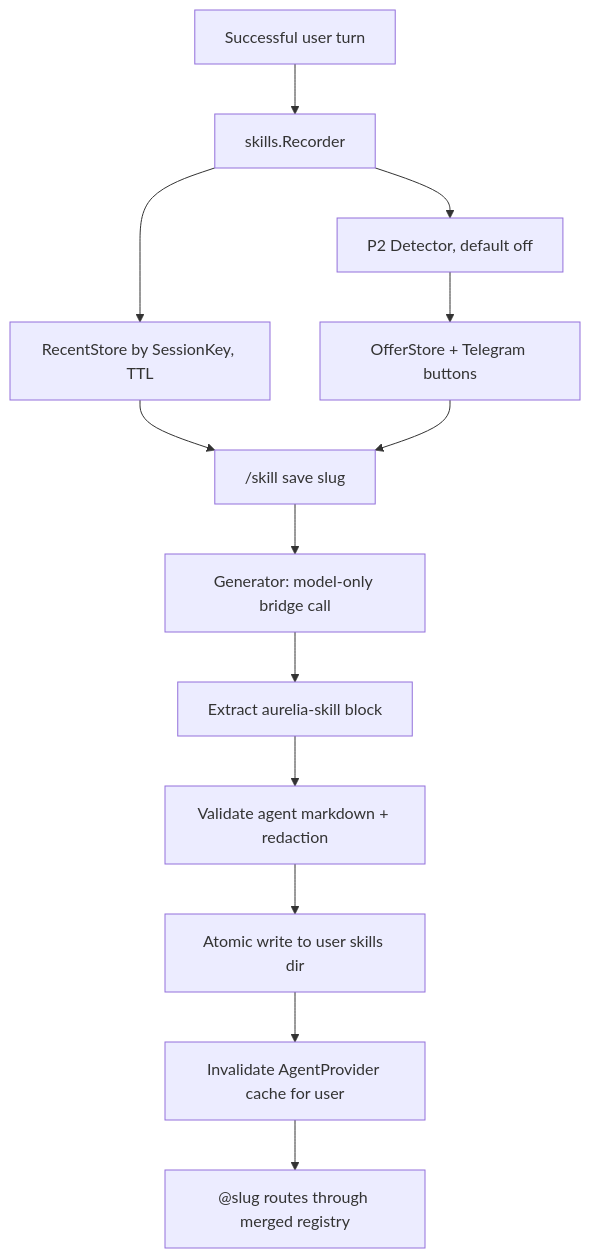
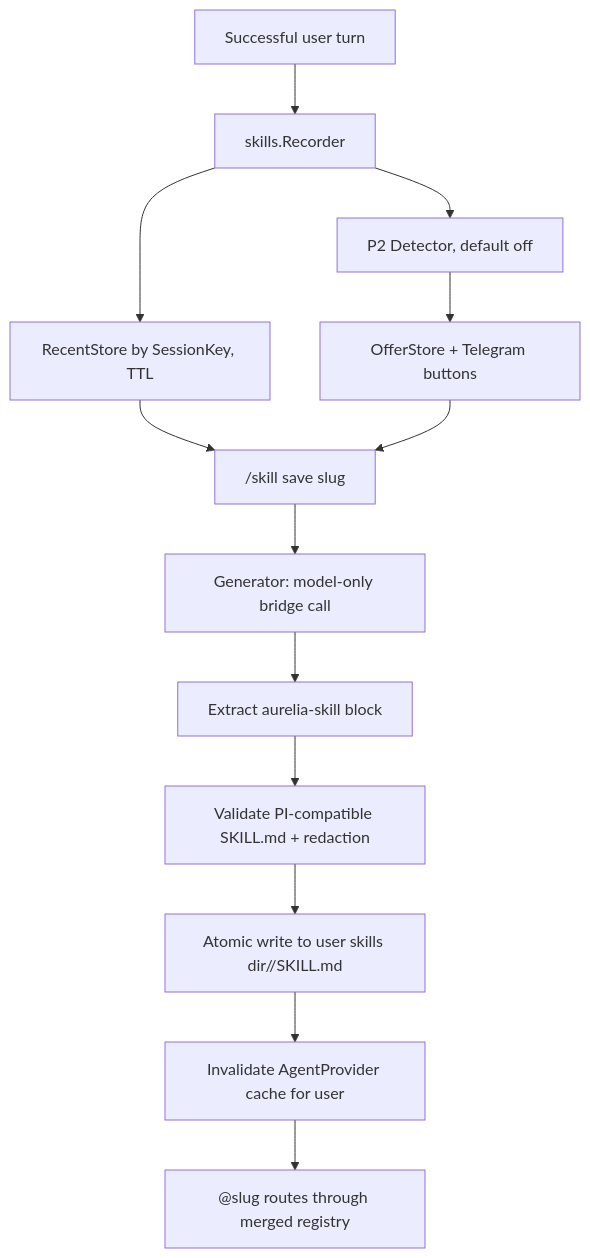
The diagram in .specs/features/auto-skills/design.md (JConradoN/claudio), drawn with Mermaid before and after one commit. The commit also changed other lines of this file and 9 other files, not shown here.

Commit message:
docs(specs): update memory and agent roadmap specs

````diff
--- a/.specs/features/auto-skills/design.md
+++ b/.specs/features/auto-skills/design.md
@@ -12,16 +12,16 @@
 ```mermaid
 flowchart TD
     A["Successful user turn"] --> B["skills.Recorder"]
     B --> C["RecentStore by SessionKey, TTL"]
     C --> D["/skill save slug"]
     D --> E["Generator: model-only bridge call"]
     E --> F["Extract aurelia-skill block"]
-    F --> G["Validate agent markdown + redaction"]
-    G --> H["Atomic write to user skills dir"]
+    F --> G["Validate PI-compatible SKILL.md + redaction"]
+    G --> H["Atomic write to user skills dir/<slug>/SKILL.md"]
     H --> I["Invalidate AgentProvider cache for user"]
     I --> J["@slug routes through merged registry"]
 
     B --> K["P2 Detector, default off"]
     K --> L["OfferStore + Telegram buttons"]
     L --> D
 ```
````
